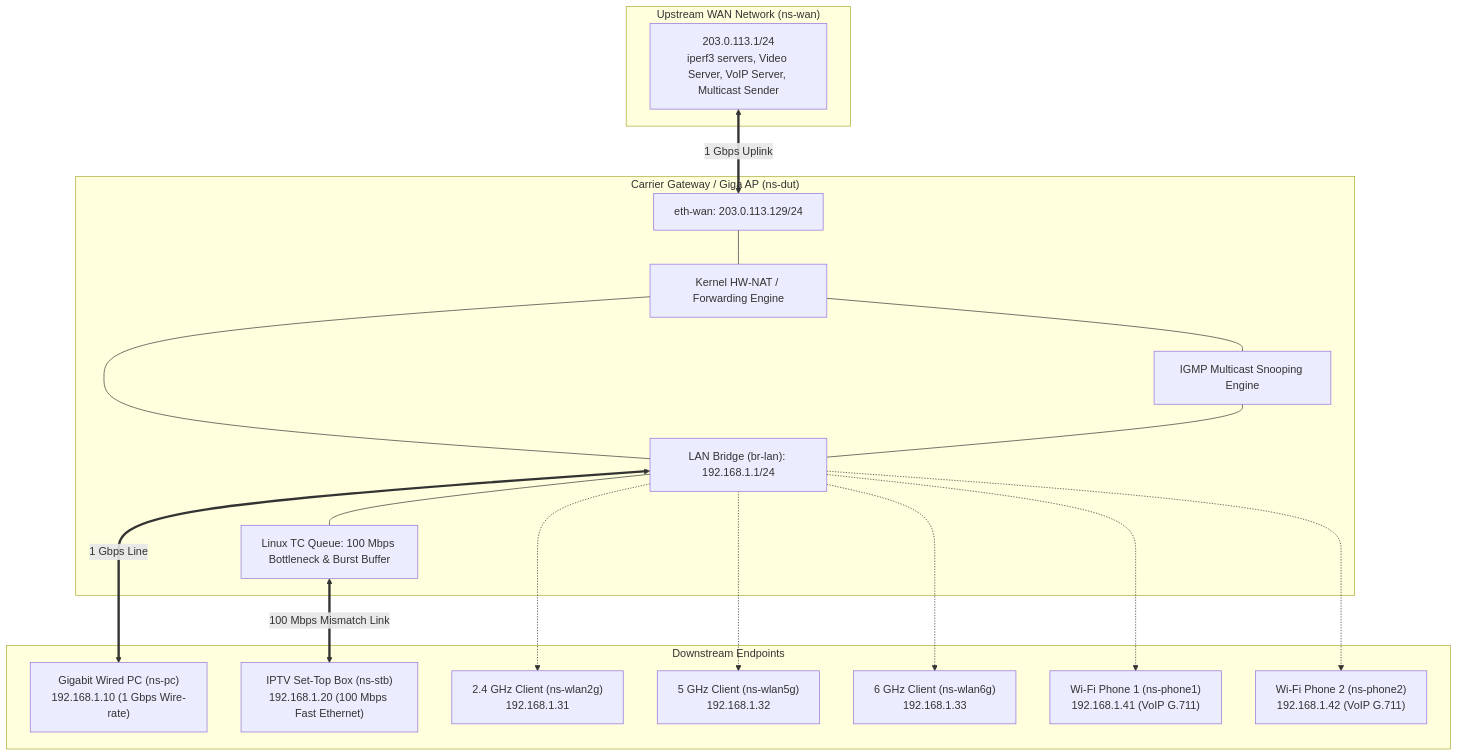
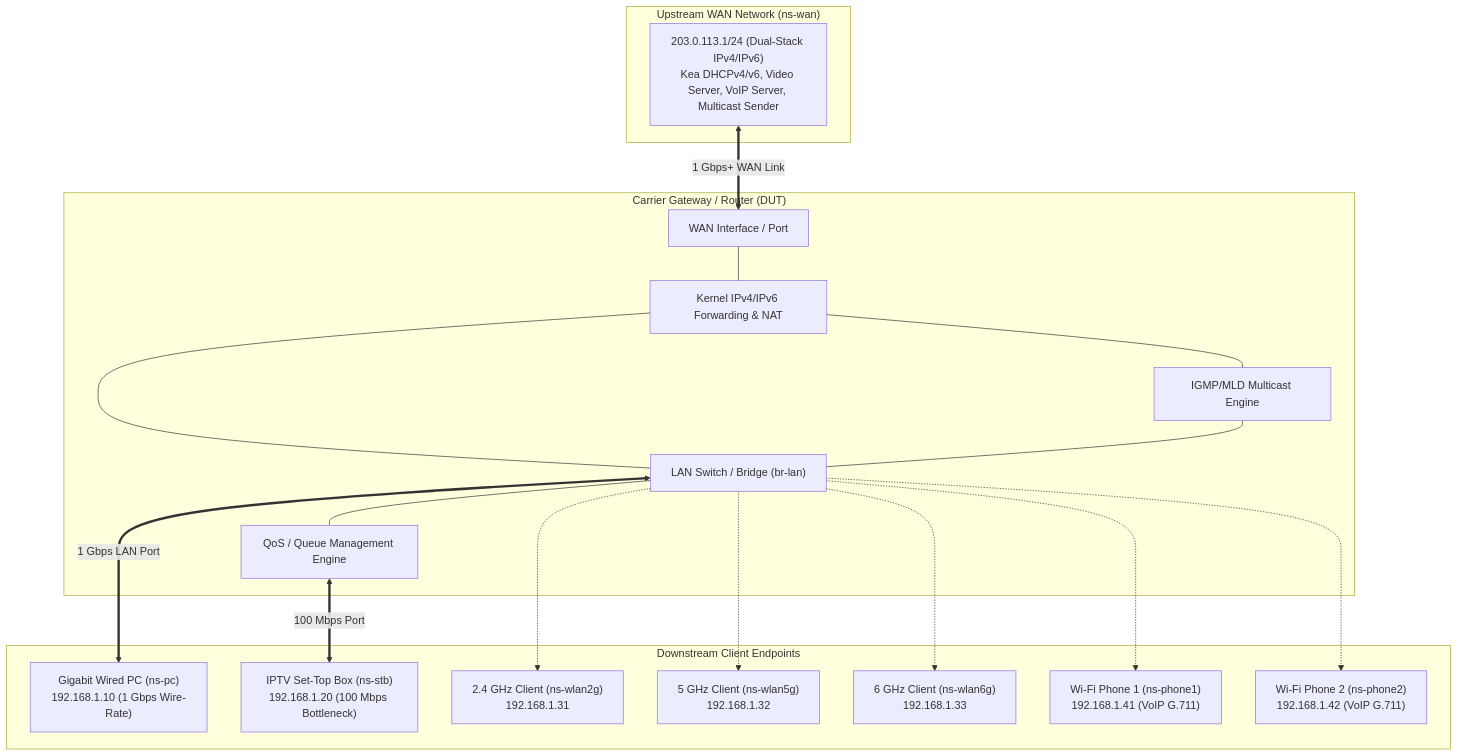
The diagram in README.md (dddat101/gateway_perf_lab), drawn with Mermaid before and after one commit. The commit also changed other lines of this file and 35 other files, not shown here.

````diff
--- a/README.md
+++ b/README.md
@@ -11,37 +25,37 @@
 ```mermaid
 flowchart TD
     subgraph WAN_ZONE["Upstream WAN Network (ns-wan)"]
-        WAN_IP["203.0.113.1/24<br/>iperf3 servers, Video Server, VoIP Server, Multicast Sender"]
+        WAN_IP["203.0.113.1/24 (Dual-Stack IPv4/IPv6)<br/>Kea DHCPv4/v6, Video Server, VoIP Server, Multicast Sender"]
     end
 
-    subgraph DUT_ZONE["Carrier Gateway / Giga AP (ns-dut)"]
-        WAN_PORT["eth-wan: 203.0.113.129/24"]
-        HW_NAT["Kernel HW-NAT / Forwarding Engine"]
-        MCAST_SNOOP["IGMP Multicast Snooping Engine"]
-        BR_LAN["LAN Bridge (br-lan): 192.168.1.1/24"]
-        TC_SHAPER["Linux TC Queue: 100 Mbps Bottleneck & Burst Buffer"]
+    subgraph DUT_ZONE["Carrier Gateway / Router (DUT)"]
+        DUT_WAN["WAN Interface / Port"]
+        FWD_NAT["Kernel IPv4/IPv6 Forwarding & NAT"]
+        MCAST_ENG["IGMP/MLD Multicast Engine"]
+        BR_LAN["LAN Switch / Bridge (br-lan)"]
+        QOS_ENG["QoS / Queue Management Engine"]
 
-        WAN_PORT --- HW_NAT --- BR_LAN
-        HW_NAT --- MCAST_SNOOP --- BR_LAN
-        BR_LAN --- TC_SHAPER
+        DUT_WAN --- FWD_NAT --- BR_LAN
+        FWD_NAT --- MCAST_ENG --- BR_LAN
+        BR_LAN --- QOS_ENG
     end
 
-    subgraph LAN_ZONE["Downstream Endpoints"]
-        PC["Gigabit Wired PC (ns-pc)<br/>192.168.1.10 (1 Gbps Wire-rate)"]
-        STB["IPTV Set-Top Box (ns-stb)<br/>192.168.1.20 (100 Mbps Fast Ethernet)"]
+    subgraph LAN_ZONE["Downstream Client Endpoints"]
+        PC["Gigabit Wired PC (ns-pc)<br/>192.168.1.10 (1 Gbps Wire-Rate)"]
+        STB["IPTV Set-Top Box (ns-stb)<br/>192.168.1.20 (100 Mbps Bottleneck)"]
         W2G["2.4 GHz Client (ns-wlan2g)<br/>192.168.1.31"]
         W5G["5 GHz Client (ns-wlan5g)<br/>192.168.1.32"]
         W6G["6 GHz Client (ns-wlan6g)<br/>192.168.1.33"]
         PH1["Wi-Fi Phone 1 (ns-phone1)<br/>192.168.1.41 (VoIP G.711)"]
         PH2["Wi-Fi Phone 2 (ns-phone2)<br/>192.168.1.42 (VoIP G.711)"]
     end
 
-    WAN_IP <== "1 Gbps Uplink" ==> WAN_PORT
-    BR_LAN <== "1 Gbps Line" ==> PC
-    TC_SHAPER <== "100 Mbps Mismatch Link" ==> STB
+    WAN_IP <== "1 Gbps+ WAN Link" ==> DUT_WAN
+    BR_LAN <== "1 Gbps LAN Port" ==> PC
+    QOS_ENG <== "100 Mbps Port" ==> STB
     BR_LAN -.-> W2G
     BR_LAN -.-> W5G
     BR_LAN -.-> W6G
     BR_LAN -.-> PH1
     BR_LAN -.-> PH2
 ```
````
